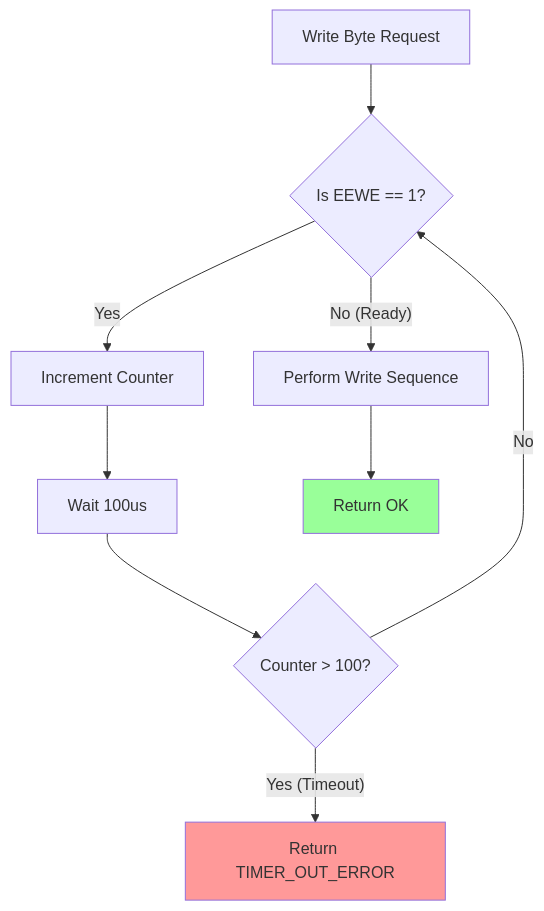
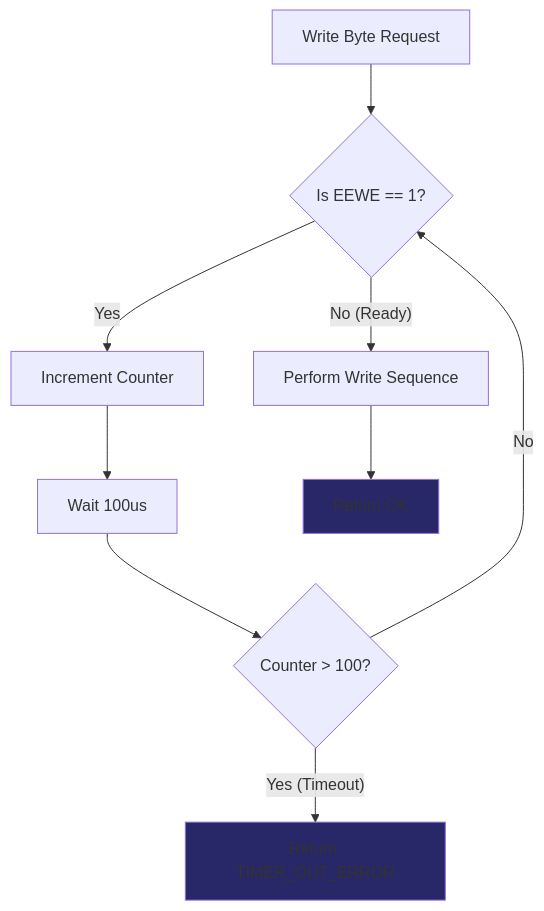
The diagram in Doc/Embedded/New/06_ImplementationDoc/Bugs/FixTasks/Task06_Add_EEPROM_Timeout.md (Gestell-Solution/Smart_Energy_Management_System), drawn with Mermaid before and after one commit.

Commit message:
Change color styles for Error and Success in doc
Updated the color styles for Error and Success states in the implementation documentation.

````diff
--- a/Doc/Embedded/New/06_ImplementationDoc/Bugs/FixTasks/Task06_Add_EEPROM_Timeout.md
+++ b/Doc/Embedded/New/06_ImplementationDoc/Bugs/FixTasks/Task06_Add_EEPROM_Timeout.md
@@ -66,17 +66,17 @@
 ```mermaid
 flowchart TD
     Start[Write Byte Request] --> Check{Is EEWE == 1?}
 
     Check -- Yes --> Inc[Increment Counter]
     Inc --> Delay[Wait 100us]
     Delay --> Limit{Counter > 100?}
 
     Limit -- No --> Check
     Limit -- Yes (Timeout) --> Error[Return TIMER_OUT_ERROR]
 
     Check -- No (Ready) --> Write[Perform Write Sequence]
     Write --> Success[Return OK]
 
-    style Error fill:#ff9999
-    style Success fill:#99ff99
+    style Error fill:#282869
+    style Success fill:#282869
 ```
````
